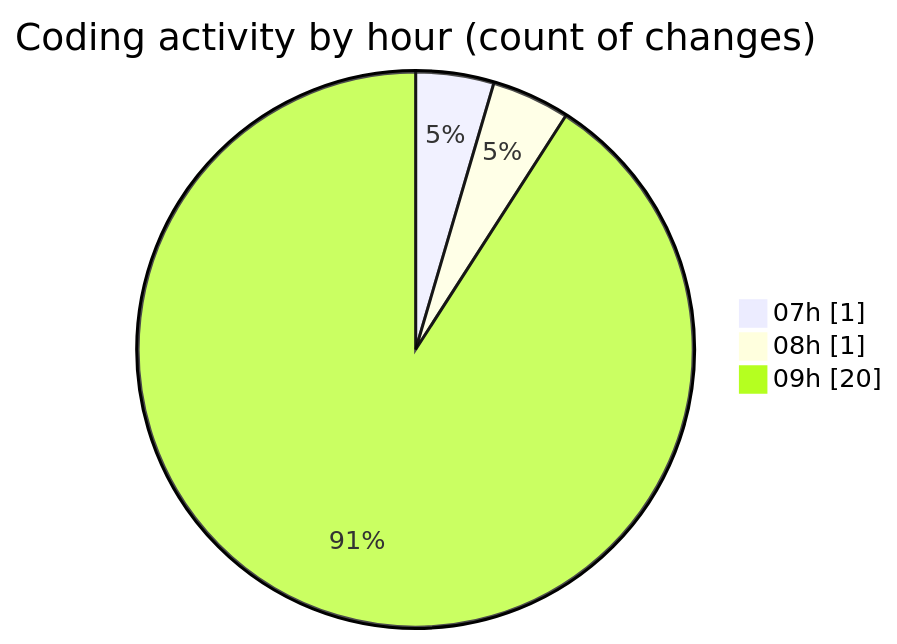
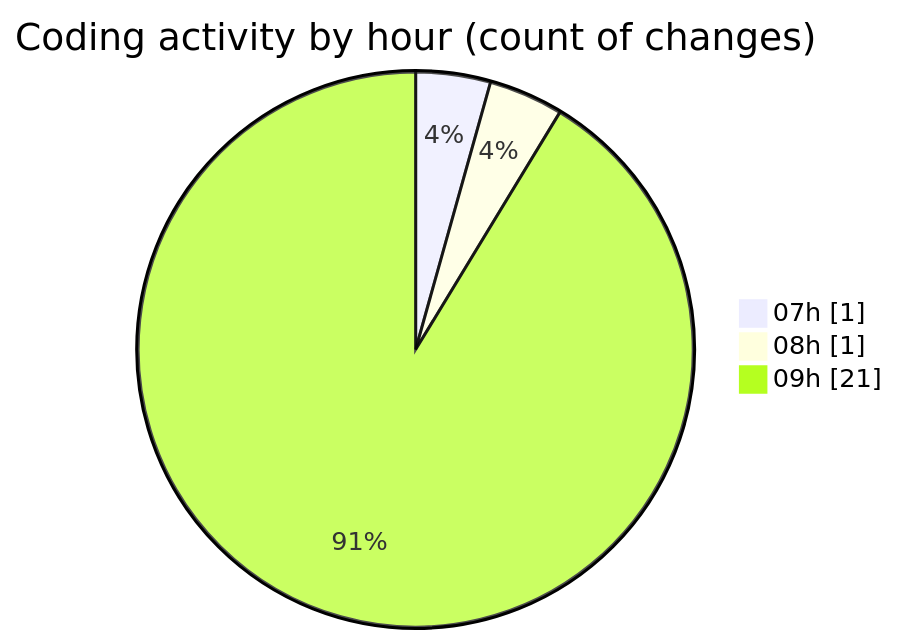
One commit to vahidmafi/code-tracking changed the second of 2 diagrams in 2025-04-24/zeytoon/README.md. Above: the diagram before and after it, drawn with Mermaid. The commit also changed other lines of this file and 1 other file, not shown here.

````diff
--- a/2025-04-24/zeytoon/README.md
+++ b/2025-04-24/zeytoon/README.md
@@ -30,7 +31,7 @@
 ```mermaid
 pie showData
 title Coding activity by hour (count of changes)
 "07h" : 1
 "08h" : 1
-"09h" : 20
+"09h" : 21
 ```
````
